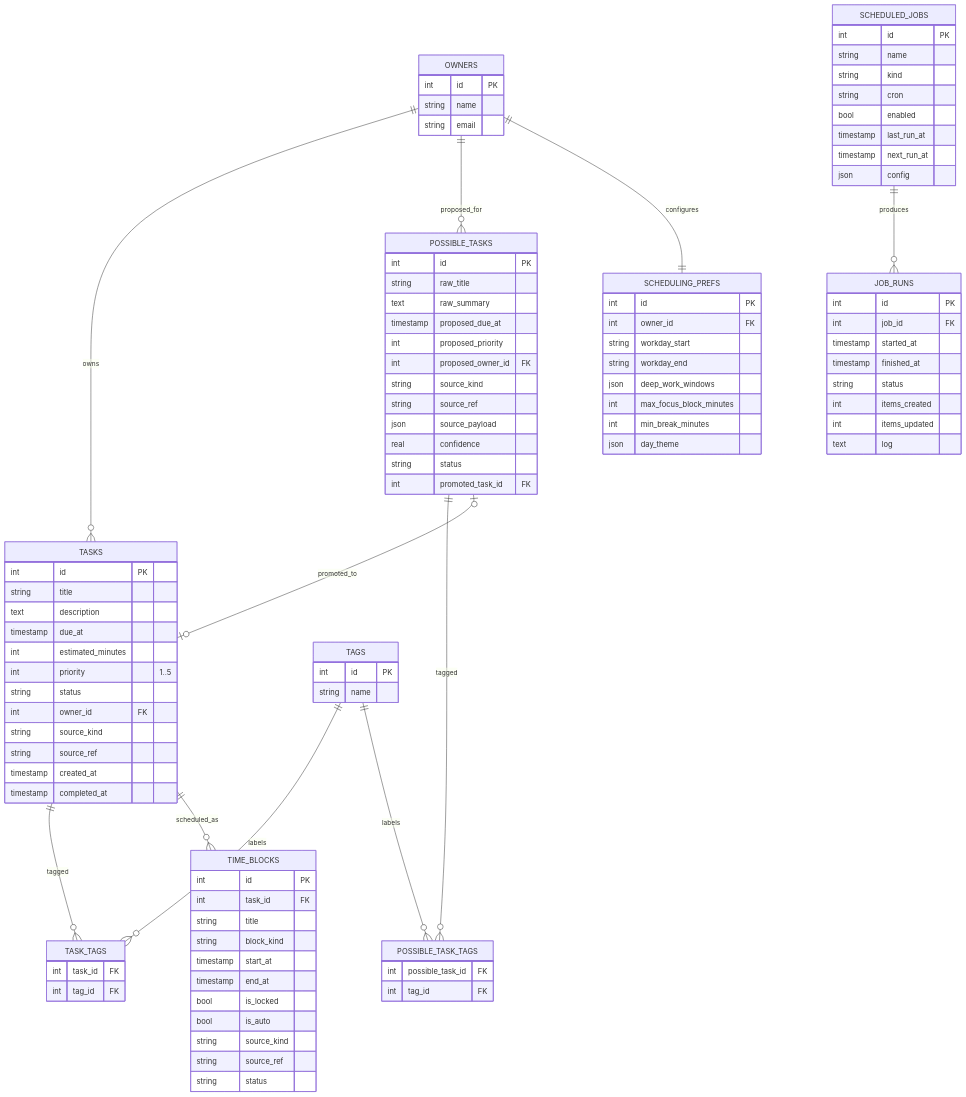
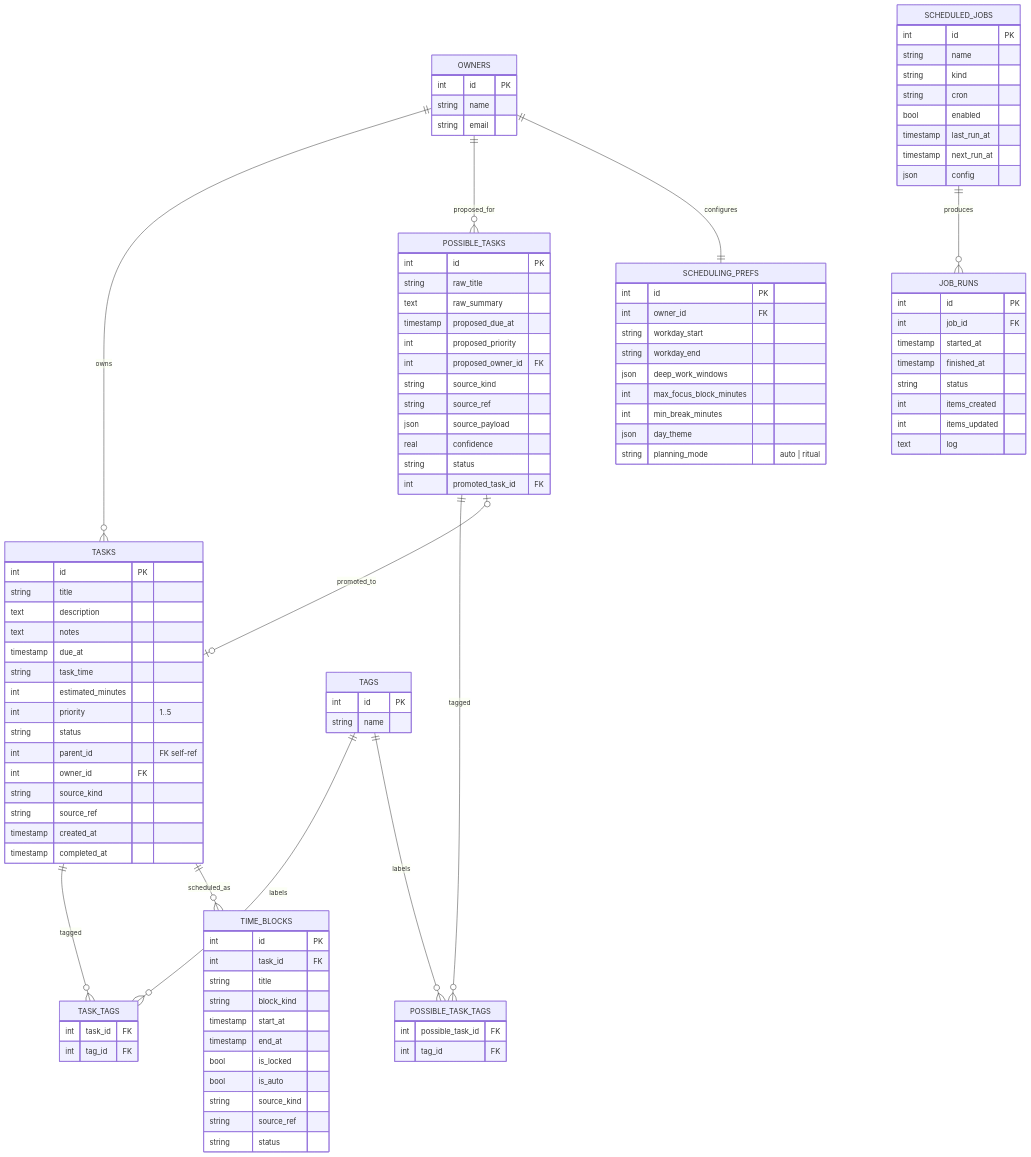
One commit to companionintelligence/CI-Planning changed the second of 7 diagrams in ARCHITECTURE.md. Above: the diagram before and after it, drawn with Mermaid. The commit also changed other lines of this file and 18 other files, not shown here.

```diff
--- a/ARCHITECTURE.md
+++ b/ARCHITECTURE.md
@@ -154,10 +155,13 @@
         int id PK
         string title
         text description
+        text notes
         timestamp due_at
+        string task_time
         int estimated_minutes
         int priority "1..5"
         string status
+        int parent_id "FK self-ref"
         int owner_id FK
         string source_kind
         string source_ref
@@ -200,6 +204,7 @@
         int max_focus_block_minutes
         int min_break_minutes
         json day_theme
+        string planning_mode "auto | ritual"
     }
     TAGS {
         int id PK
```
